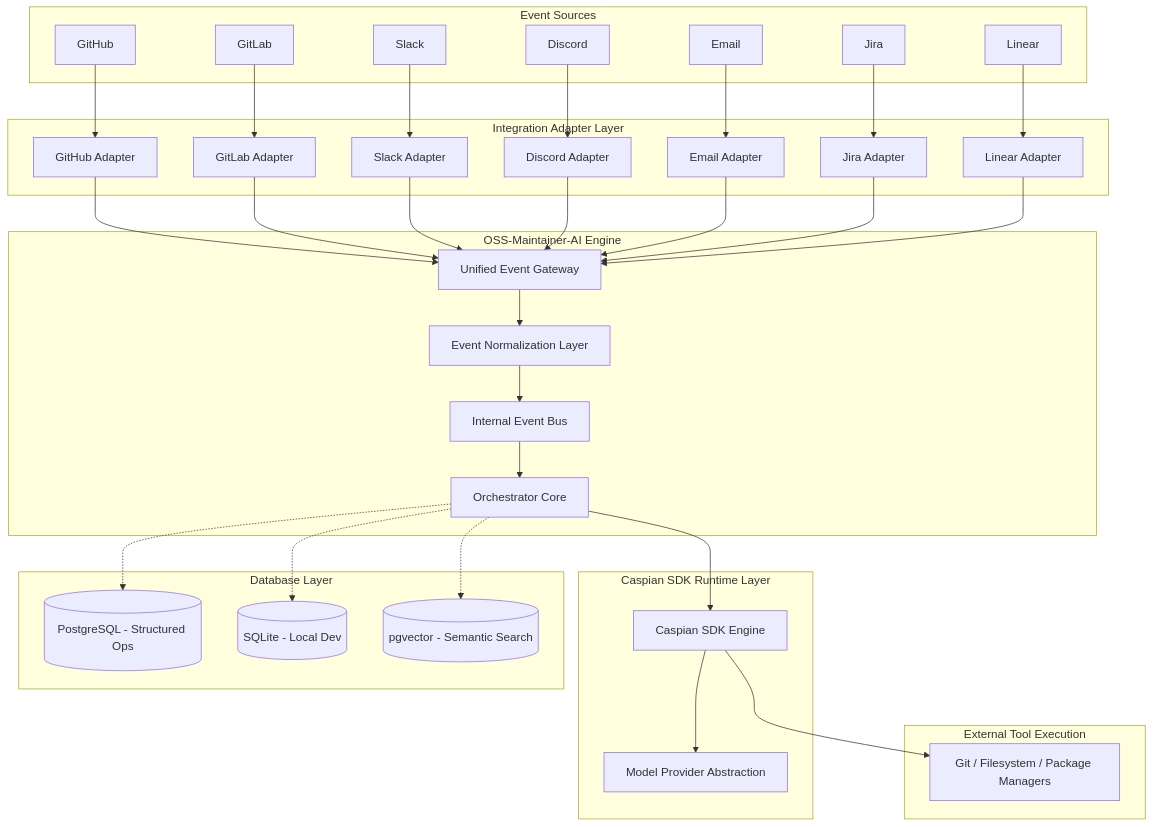
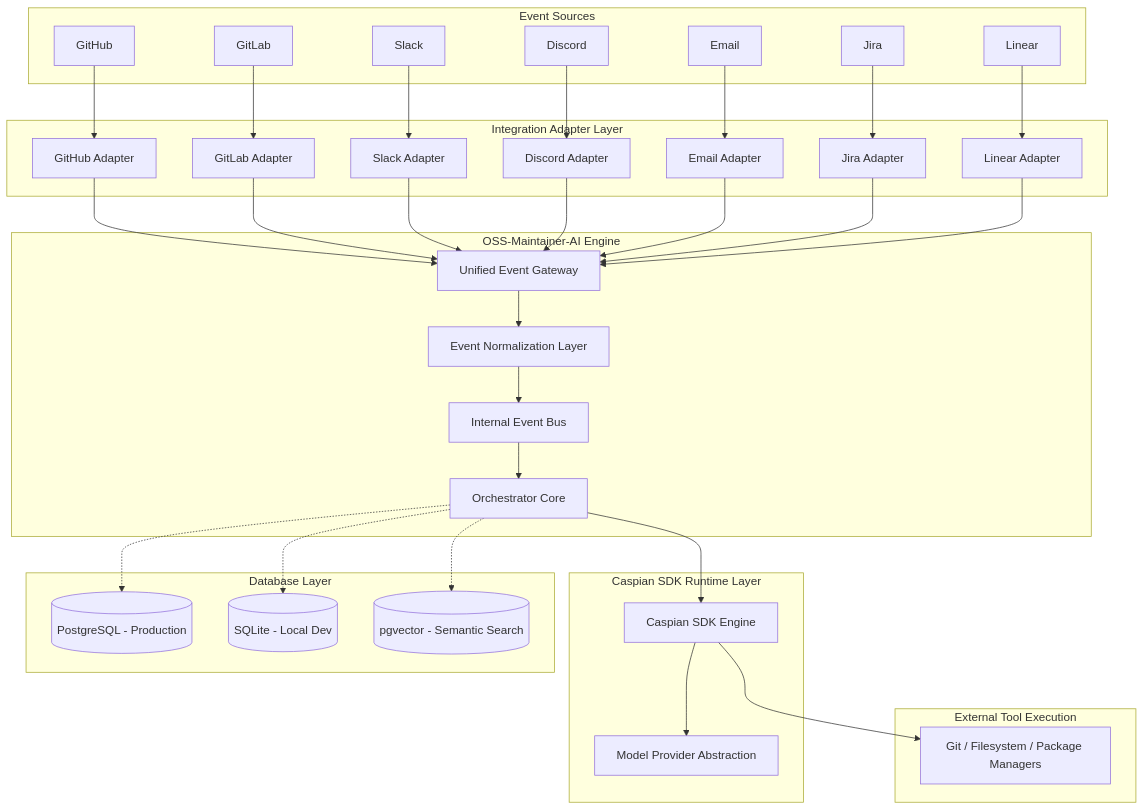
Before and after one commit to darkraider01/OSS-Maintainer-AI: the first of 2 diagrams in README.md, drawn with Mermaid. The commit also changed other lines of this file and 5 other files, not shown here.

````diff
--- a/README.md
+++ b/README.md
@@ -91,68 +149,68 @@
 ```mermaid
 graph TD
     subgraph Platforms [Event Sources]
         GH[GitHub]
         GL[GitLab]
         SL[Slack]
         DC[Discord]
         EM[Email]
         JR[Jira]
         LN[Linear]
     end
 
     subgraph Adapters [Integration Adapter Layer]
         GHA[GitHub Adapter]
         GLA[GitLab Adapter]
         SLA[Slack Adapter]
         DCA[Discord Adapter]
         EMA[Email Adapter]
         JRA[Jira Adapter]
         LNA[Linear Adapter]
     end
 
     subgraph Core [OSS-Maintainer-AI Engine]
         GW[Unified Event Gateway]
         EN[Event Normalization Layer]
         BUS[Internal Event Bus]
         OR[Orchestrator Core]
 
         GW --> EN
         EN --> BUS
         BUS --> OR
     end
 
     subgraph Runtime [Caspian SDK Runtime Layer]
         OR --> SDK[Caspian SDK Engine]
         SDK --> LLM[Model Provider Abstraction]
     end
 
     subgraph Tooling [External Tool Execution]
         SDK --> Tools[Git / Filesystem / Package Managers]
     end
 
     subgraph Persistence [Database Layer]
-        DB[(PostgreSQL - Structured Ops)]
+        DB[(PostgreSQL - Production)]
         DEV[(SQLite - Local Dev)]
         VEC[(pgvector - Semantic Search)]
     end
 
     GH --> GHA
     GL --> GLA
     SL --> SLA
     DC --> DCA
     EM --> EMA
     JR --> JRA
     LN --> LNA
 
     GHA --> GW
     GLA --> GW
     SLA --> GW
     DCA --> GW
     EMA --> GW
     JRA --> GW
     LNA --> GW
 
     OR -.-> DB
     OR -.-> DEV
     OR -.-> VEC
 ```
````
